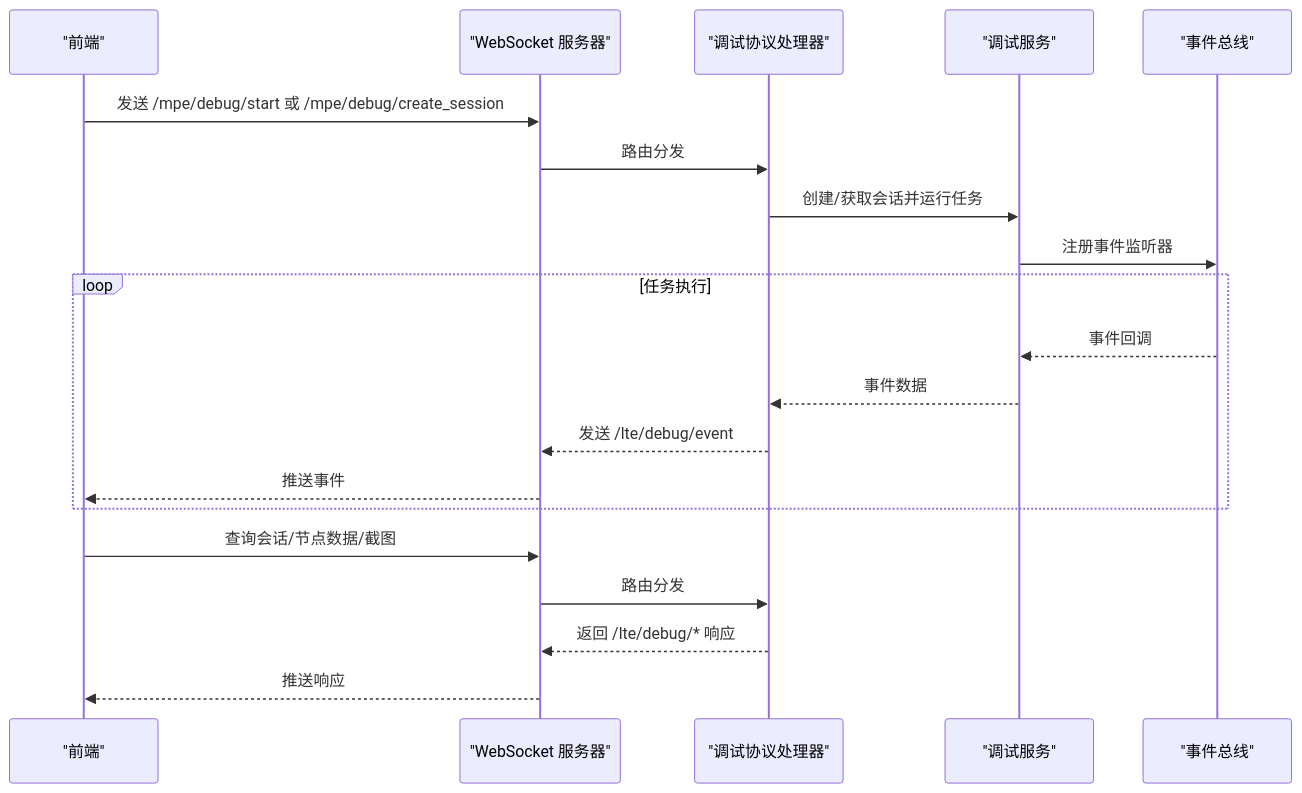
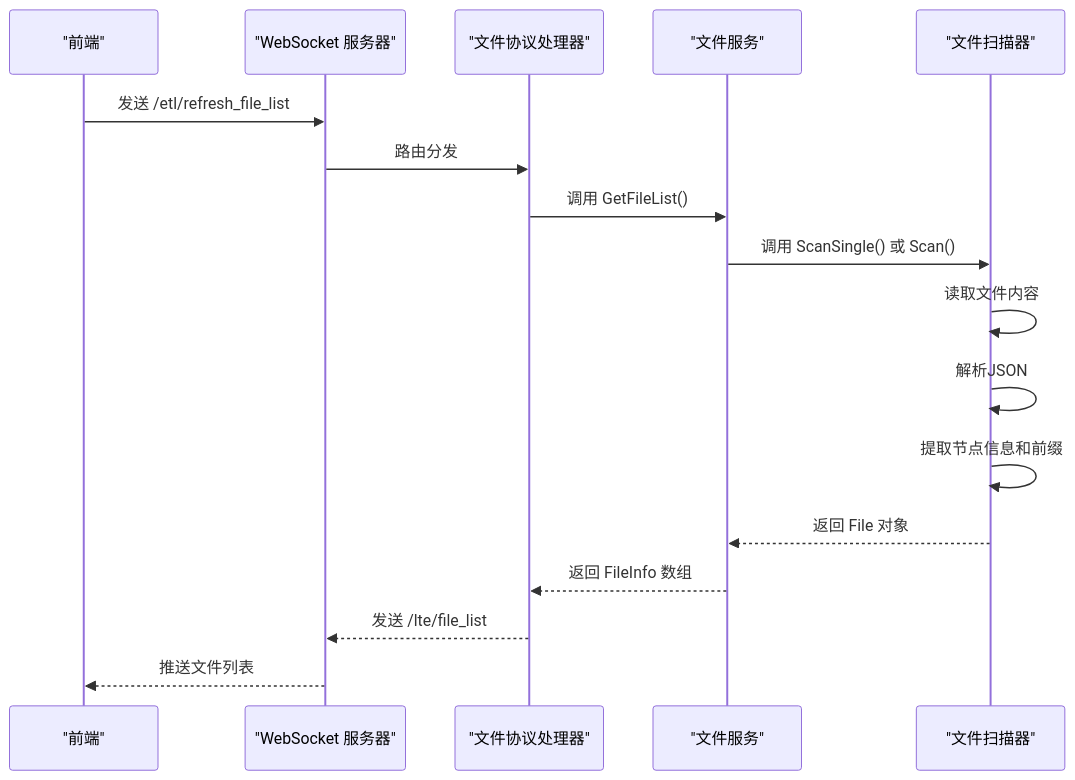
One commit to kqcoxn/MaaPipelineEditor changed the second of 3 diagrams in .qoder/repowiki/zh/content/开发者指南/LocalBridge 通信协议.md. Above: the diagram before and after it, drawn with Mermaid. The commit also changed other lines of this file and 6 other files, not shown here.

````diff
--- a/.qoder/repowiki/zh/content/开发者指南/LocalBridge 通信协议.md
+++ b/.qoder/repowiki/zh/content/开发者指南/LocalBridge 通信协议.md
@@ -98,22 +120,19 @@
 ```mermaid
 sequenceDiagram
 participant FE as "前端"
 participant WS as "WebSocket 服务器"
-participant RH as "调试协议处理器"
-participant DS as "调试服务"
-participant SK as "事件总线"
-FE->>WS : 发送 /mpe/debug/start 或 /mpe/debug/create_session
-WS->>RH : 路由分发
-RH->>DS : 创建/获取会话并运行任务
-DS->>SK : 注册事件监听器
-loop 任务执行
-SK-->>DS : 事件回调
-DS-->>RH : 事件数据
-RH-->>WS : 发送 /lte/debug/event
-WS-->>FE : 推送事件
-end
-FE->>WS : 查询会话/节点数据/截图
-WS->>RH : 路由分发
-RH-->>WS : 返回 /lte/debug/* 响应
-WS-->>FE : 推送响应
+participant FH as "文件协议处理器"
+participant FS as "文件服务"
+participant SC as "文件扫描器"
+FE->>WS : 发送 /etl/refresh_file_list
+WS->>FH : 路由分发
+FH->>FS : 调用 GetFileList()
+FS->>SC : 调用 ScanSingle() 或 Scan()
+SC->>SC : 读取文件内容
+SC->>SC : 解析JSON
+SC->>SC : 提取节点信息和前缀
+SC-->>FS : 返回 File 对象
+FS-->>FH : 返回 FileInfo 数组
+FH-->>WS : 发送 /lte/file_list
+WS-->>FE : 推送文件列表
 ```
````
